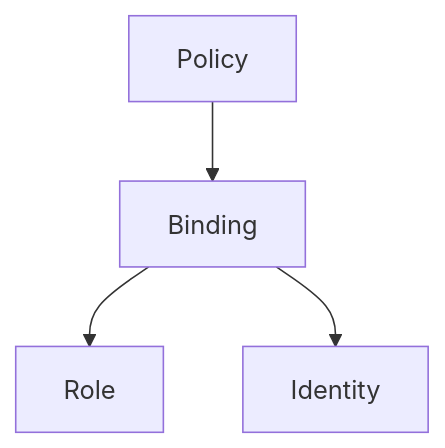
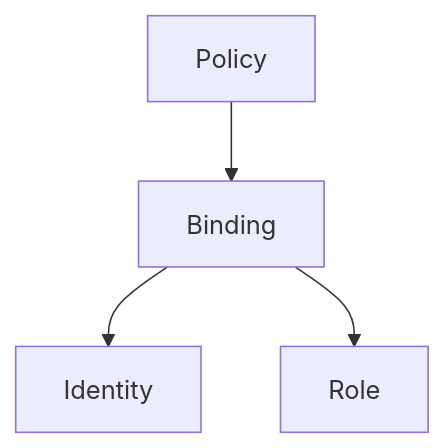
One commit to conti0513/development_public changed the sixth of 14 diagrams in 06_LAB/01_GCP_ACE_HACK/sessions_ver262/01_iam.md. Above: the diagram before and after it, drawn with Mermaid. The commit also changed other lines of this file and 1 other file, not shown here.

````diff
--- a/06_LAB/01_GCP_ACE_HACK/sessions_ver262/01_iam.md
+++ b/06_LAB/01_GCP_ACE_HACK/sessions_ver262/01_iam.md
@@ -158,6 +175,7 @@
 ```mermaid
 graph TD
+
 Policy --> Binding
+Binding --> Identity
 Binding --> Role
-Binding --> Identity
 ```
````
